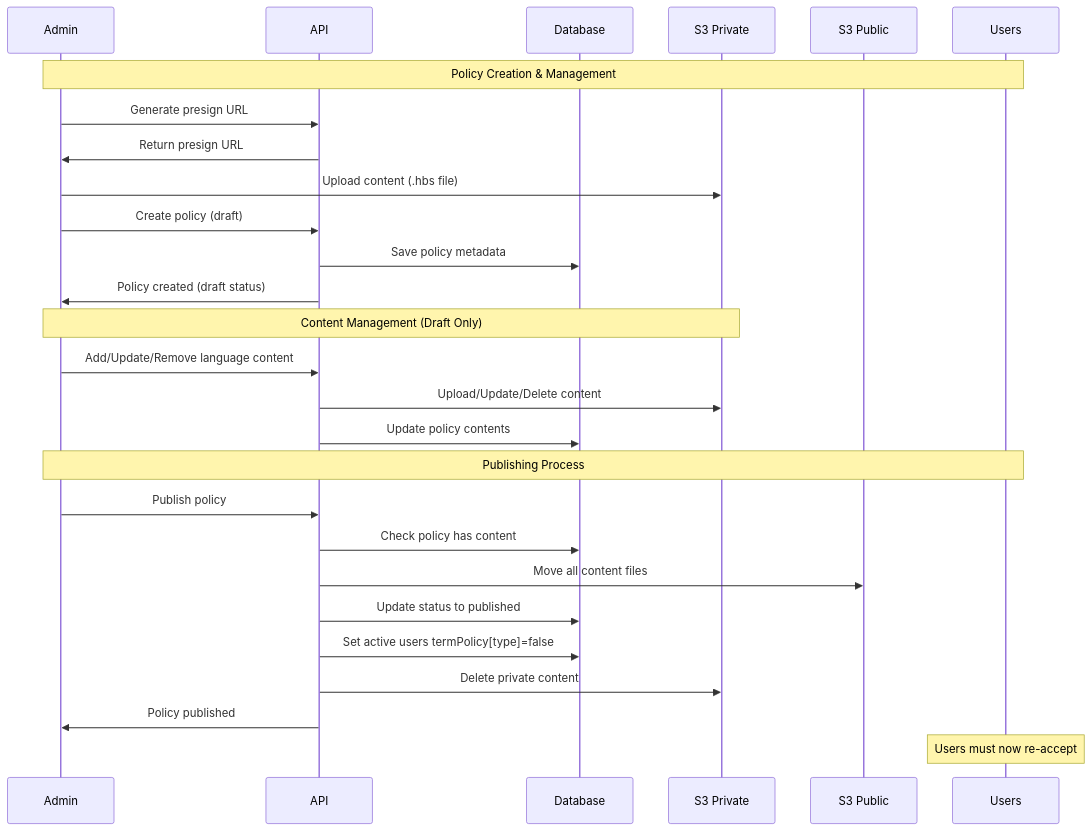
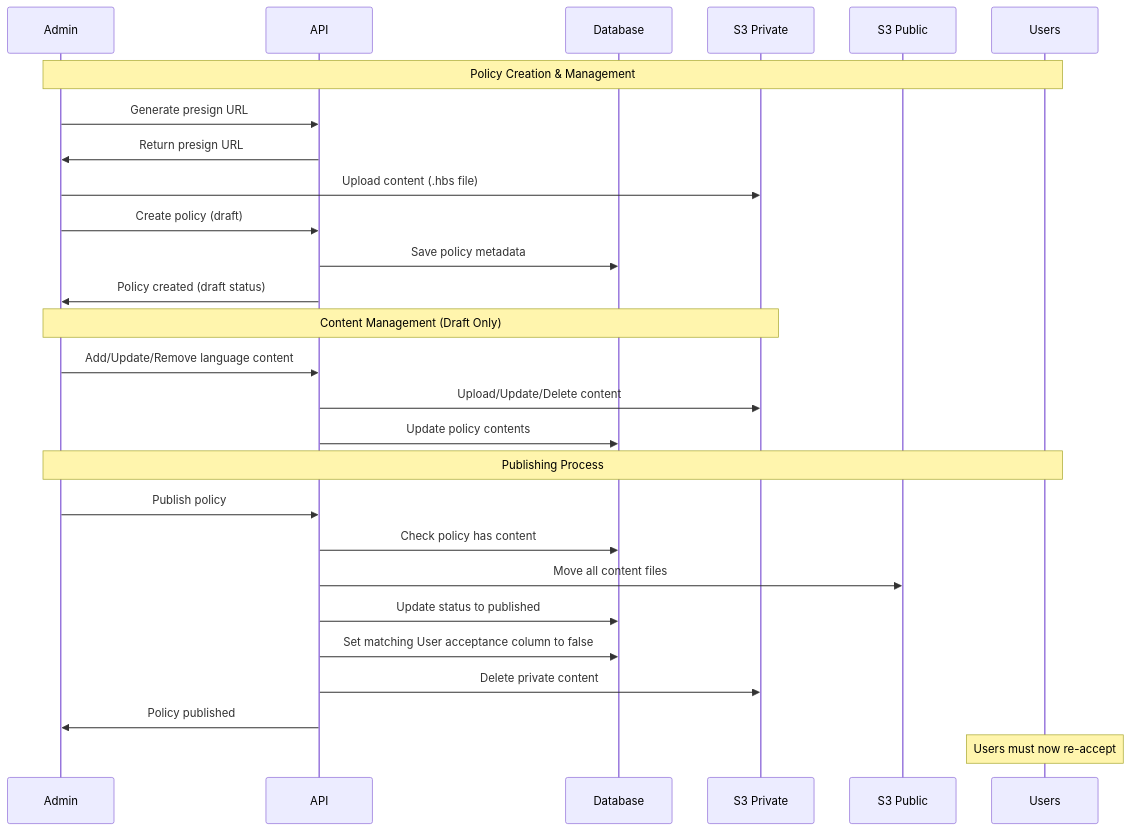
The first of 3 diagrams in docs/term-policy.md (Gzerox/ack-nestjs-boilerplate), drawn with Mermaid before and after one commit. The commit also changed other lines of this file and 8 other files, not shown here.

````diff
--- a/docs/term-policy.md
+++ b/docs/term-policy.md
@@ -88,37 +88,37 @@
 ```mermaid
 sequenceDiagram
     participant Admin
     participant API
     participant Database
     participant S3 Private
     participant S3 Public
     participant Users
 
     Note over Admin,Users: Policy Creation & Management
     
     Admin->>API: Generate presign URL
     API->>Admin: Return presign URL
     Admin->>S3 Private: Upload content (.hbs file)
     
     Admin->>API: Create policy (draft)
     API->>Database: Save policy metadata
     API->>Admin: Policy created (draft status)
     
     Note over Admin,S3 Private: Content Management (Draft Only)
     
     Admin->>API: Add/Update/Remove language content
     API->>S3 Private: Upload/Update/Delete content
     API->>Database: Update policy contents
     
     Note over Admin,Users: Publishing Process
     
     Admin->>API: Publish policy
     API->>Database: Check policy has content
     API->>S3 Public: Move all content files
     API->>Database: Update status to published
-    API->>Database: Set active users termPolicy[type]=false
+    API->>Database: Set matching User acceptance column to false
     API->>S3 Private: Delete private content
     API->>Admin: Policy published
     
     Note over Users: Users must now re-accept
 ```
````
